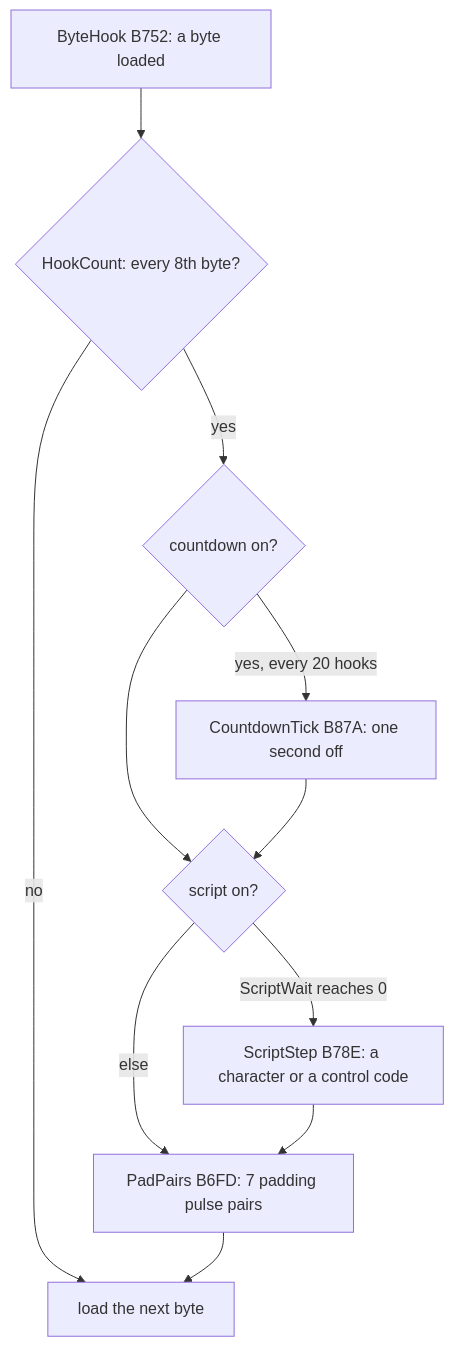
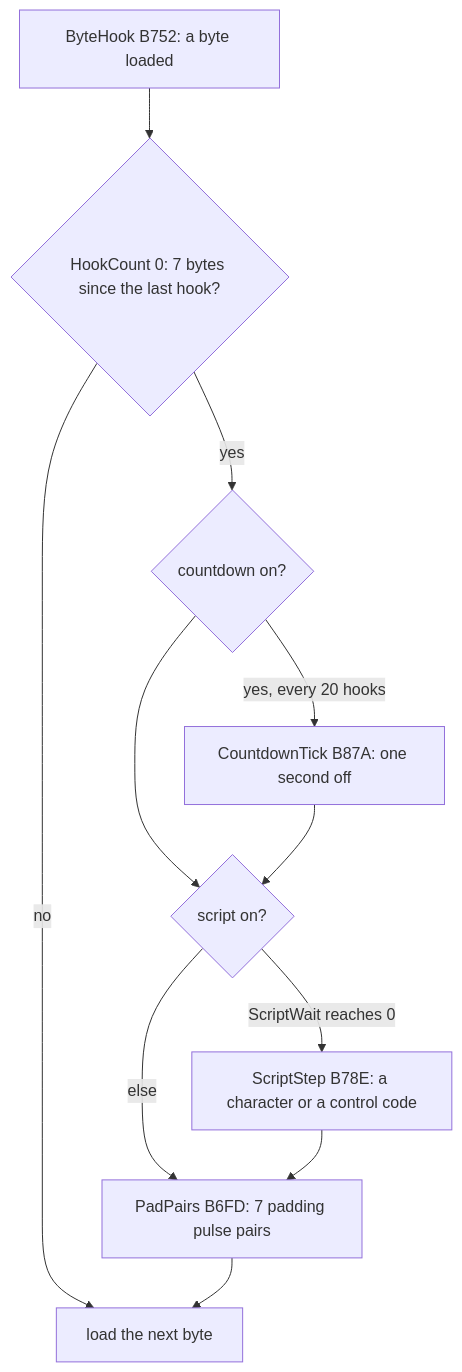
One commit to alfishe/unrealng-reverse-cases changed the third of 7 diagrams in games/deflektor/docs/03-build-and-load.md. Above: the diagram before and after it, drawn with Mermaid. The commit also changed other lines of this file and 34 other files, not shown here.

````diff
--- a/games/deflektor/docs/03-build-and-load.md
+++ b/games/deflektor/docs/03-build-and-load.md
@@ -122,13 +192,13 @@
 ```mermaid
 flowchart TD
-    B[ByteHook B752: a byte loaded] --> C{HookCount: every 8th byte?}
+    B[ByteHook B752: a byte loaded] --> C{HookCount 0: 7 bytes since the last hook?}
     C -->|no| R[load the next byte]
     C -->|yes| T{countdown on?}
     T -->|yes, every 20 hooks| CT[CountdownTick B87A: one second off]
     T --> SC{script on?}
     CT --> SC
     SC -->|ScriptWait reaches 0| SS[ScriptStep B78E: a character or a control code]
     SC -->|else| P[PadPairs B6FD: 7 padding pulse pairs]
     SS --> P
     P --> R
 ```
````
